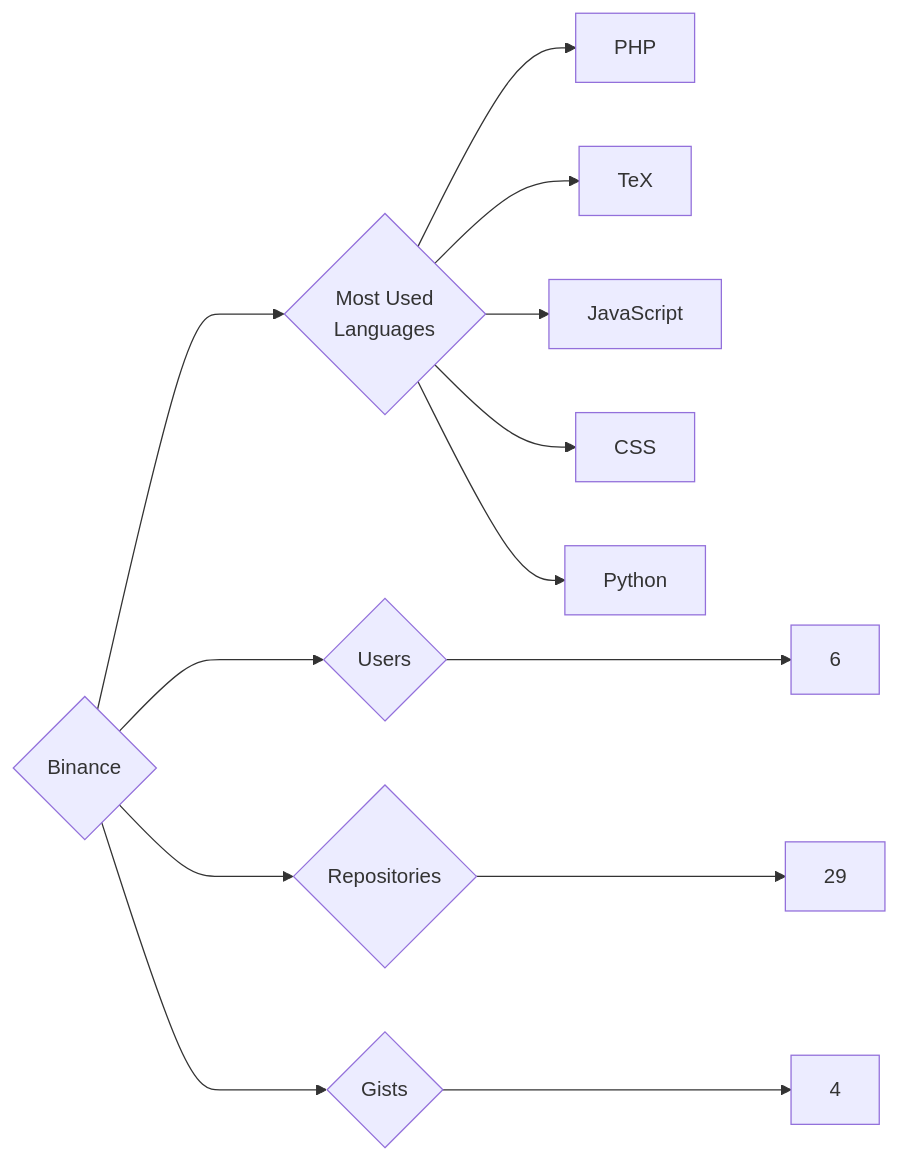
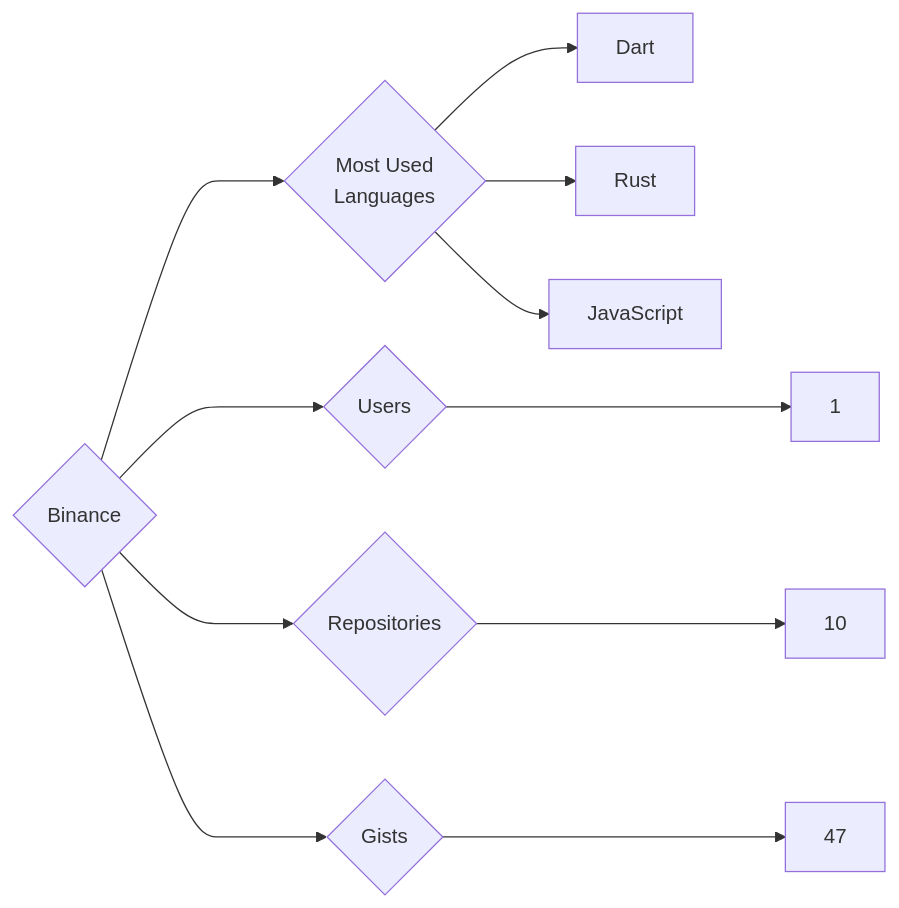
The diagram in targets/Binance/README.md (trickest/insiders), drawn with Mermaid before and after one commit. The commit also changed 618 other files, not shown here.

````diff
--- a/targets/Binance/README.md
+++ b/targets/Binance/README.md
@@ -3,13 +3,11 @@
 ```mermaid
 graph LR
 COMPANY_NAME{Binance}
-COMPANY_NAME ---> U{Users} ---> UN[6]
-COMPANY_NAME ---> R{Repositories} ---> RN[29]
-COMPANY_NAME ---> G{Gists} ---> GN[4]
+COMPANY_NAME ---> U{Users} ---> UN[1]
+COMPANY_NAME ---> R{Repositories} ---> RN[10]
+COMPANY_NAME ---> G{Gists} ---> GN[47]
 COMPANY_NAME ---> ML{Most Used<br>Languages}
-ML --> PHP[PHP]
-ML --> TeX[TeX]
+ML --> Dart[Dart]
+ML --> Rust[Rust]
 ML --> JavaScript[JavaScript]
-ML --> CSS[CSS]
-ML --> Python[Python]
 ```
````
